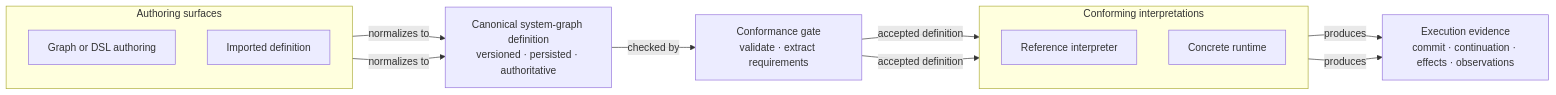
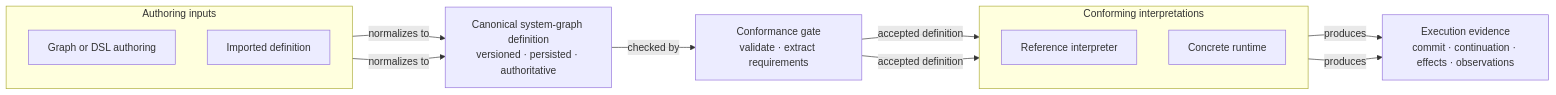
Before and after one commit to cohesivesystems/knowledge: the diagram in Cohesive System Model/Principles/System Language and Realization.md, drawn with Mermaid. The commit also changed other lines of this file and 22 other files, not shown here.

````diff
--- a/Cohesive System Model/Principles/System Language and Realization.md
+++ b/Cohesive System Model/Principles/System Language and Realization.md
@@ -123,28 +123,28 @@
 ```mermaid
 flowchart LR
-    subgraph Sources["Authoring surfaces"]
+    subgraph Sources["Authoring inputs"]
         direction TB
         A["Graph or DSL authoring"]
         I["Imported definition"]
     end
 
     C["Canonical system-graph definition<br/>versioned · persisted · authoritative"]
 
     V["Conformance gate<br/>validate · extract requirements"]
 
     subgraph Interpreters["Conforming interpretations"]
         direction TB
         R["Reference interpreter"]
         X["Concrete runtime"]
     end
 
     E["Execution evidence<br/>commit · continuation · effects · observations"]
 
     A -->|"normalizes to"| C
     I -->|"normalizes to"| C
     C -->|"checked by"| V
     V -->|"accepted definition"| R
     V -->|"accepted definition"| X
     R -->|"produces"| E
     X -->|"produces"| E
 ```
````
